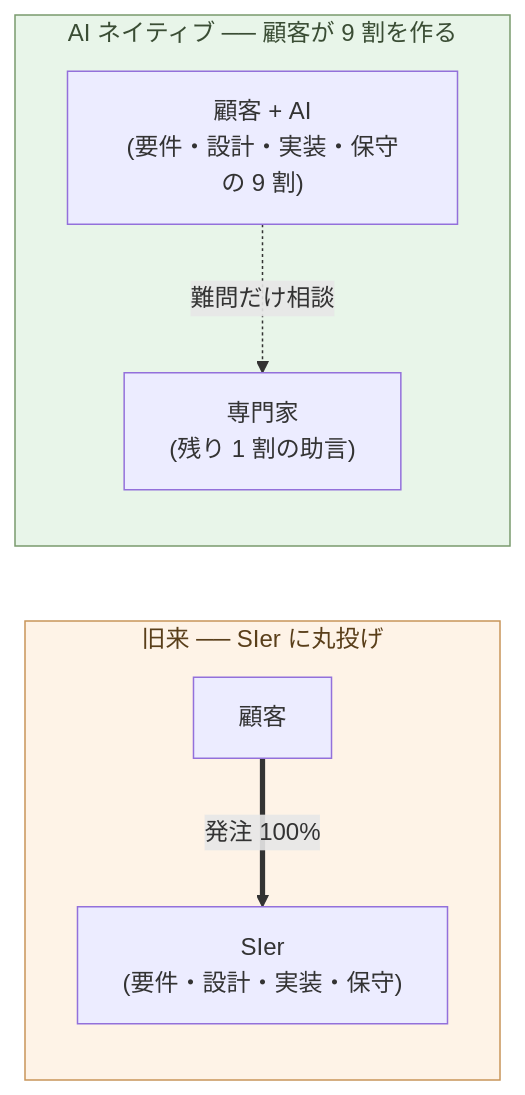
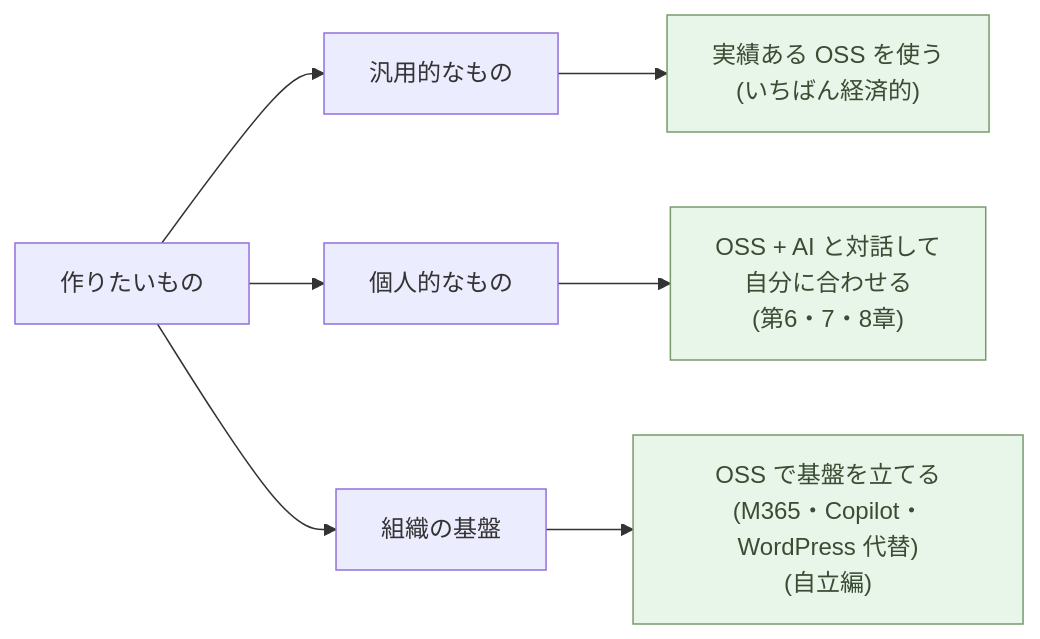
One commit to aiseed-dev/website changed the diagram in articles/ai-native-ways/software/05-customer-codev/ja.md. Above: the diagram before and after it, drawn with Mermaid. The commit also changed other lines of this file and 2 other files, not shown here.

````diff
--- a/articles/ai-native-ways/software/05-customer-codev/ja.md
+++ b/articles/ai-native-ways/software/05-customer-codev/ja.md
@@ -45,21 +30,13 @@
 ```mermaid
 flowchart LR
-  subgraph Old["旧来 ── SIer に丸投げ"]
-    direction TB
-    OC["顧客"]
-    OS["SIer<br/>(要件・設計・実装・保守)"]
-    OC ==>|発注 100%| OS
-  end
-
-  subgraph New["AI ネイティブ ── 顧客が 9 割を作る"]
-    direction TB
-    NC["顧客 + AI<br/>(要件・設計・実装・保守の 9 割)"]
-    NA["専門家<br/>(残り 1 割の助言)"]
-    NC -.->|難問だけ相談| NA
-  end
+  Need["作りたいもの"]
+  Need --> G["汎用的なもの"]
+  Need --> P["個人的なもの"]
+  Need --> O["組織の基盤"]
+  G --> GA["実績ある OSS を使う<br/>(いちばん経済的)"]
+  P --> PA["OSS + AI と対話して<br/>自分に合わせる<br/>(第6・7・8章)"]
+  O --> OA["OSS で基盤を立てる<br/>(M365・Copilot・WordPress 代替)<br/>(自立編)"]
 
   classDef good fill:#e8f5e9,stroke:#7a9a6d,color:#3a4d34
-  classDef bad fill:#fef3e7,stroke:#c89559,color:#5a3f1a
-  class New good
-  class Old bad
+  class GA,PA,OA good
 ```
````
